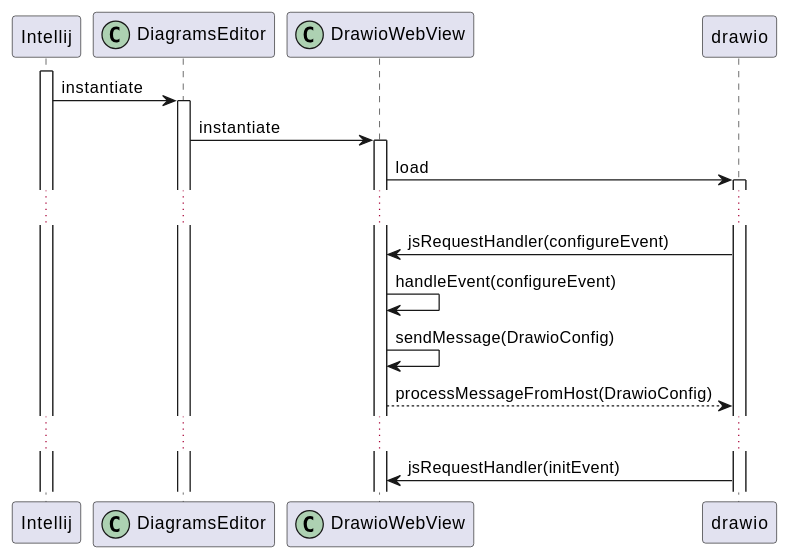
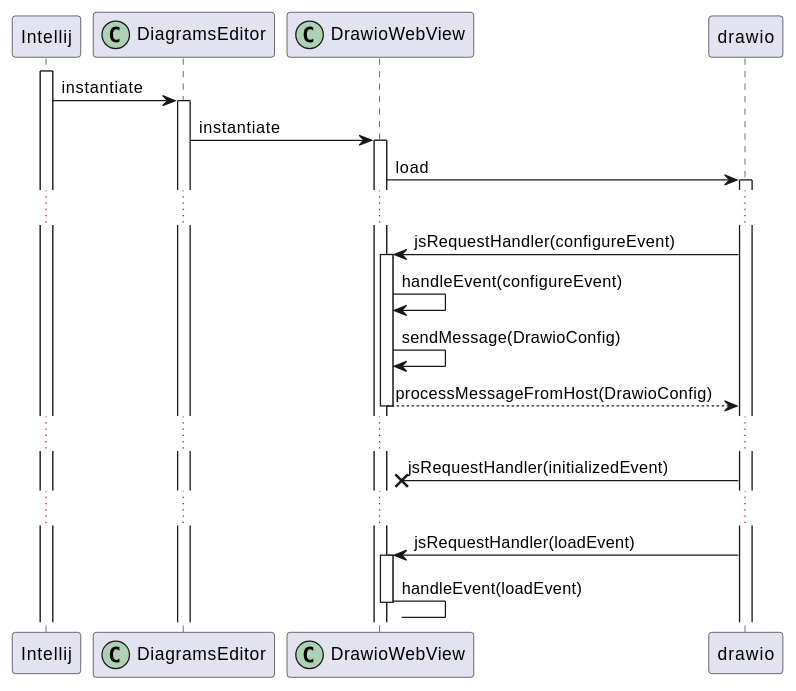
Before and after one commit to docToolchain/diagrams.net-intellij-plugin: the second of 3 diagrams in src/docs/arc42/chapters/06_runtime_view.adoc, drawn with PlantUML. The commit also changed other lines of this file and 4 other files, not shown here.

```diff
--- a/src/docs/arc42/chapters/06_runtime_view.adoc
+++ b/src/docs/arc42/chapters/06_runtime_view.adoc
@@ -46,22 +46,30 @@
 [plantuml,rts2,svg]
 ----
 participant "Intellij" as intellij
 participant DiagramsEditor as editor <<(C,#ADD1B2)>>
 participant DrawioWebView as webview <<(C,#ADD1B2)>>
 'database Filesystem as file
 activate intellij
   intellij -> editor : instantiate
     activate editor
     editor -> webview : instantiate
     activate webview
     webview -> drawio : load
     activate drawio
 ...
 drawio -> webview : jsRequestHandler(configureEvent)
+    activate webview
     webview -> webview : handleEvent(configureEvent)
     webview -> webview : sendMessage(DrawioConfig)
     webview --> drawio : processMessageFromHost(DrawioConfig)
+    deactivate webview
 ...
-drawio -> webview : jsRequestHandler(initEvent)
+drawio -x webview : jsRequestHandler(initializedEvent)
+...
+drawio -> webview : jsRequestHandler(loadEvent)
+    activate webview
+    webview -x webview : handleEvent(loadEvent)
+    deactivate webview
+
 
 ----
```
